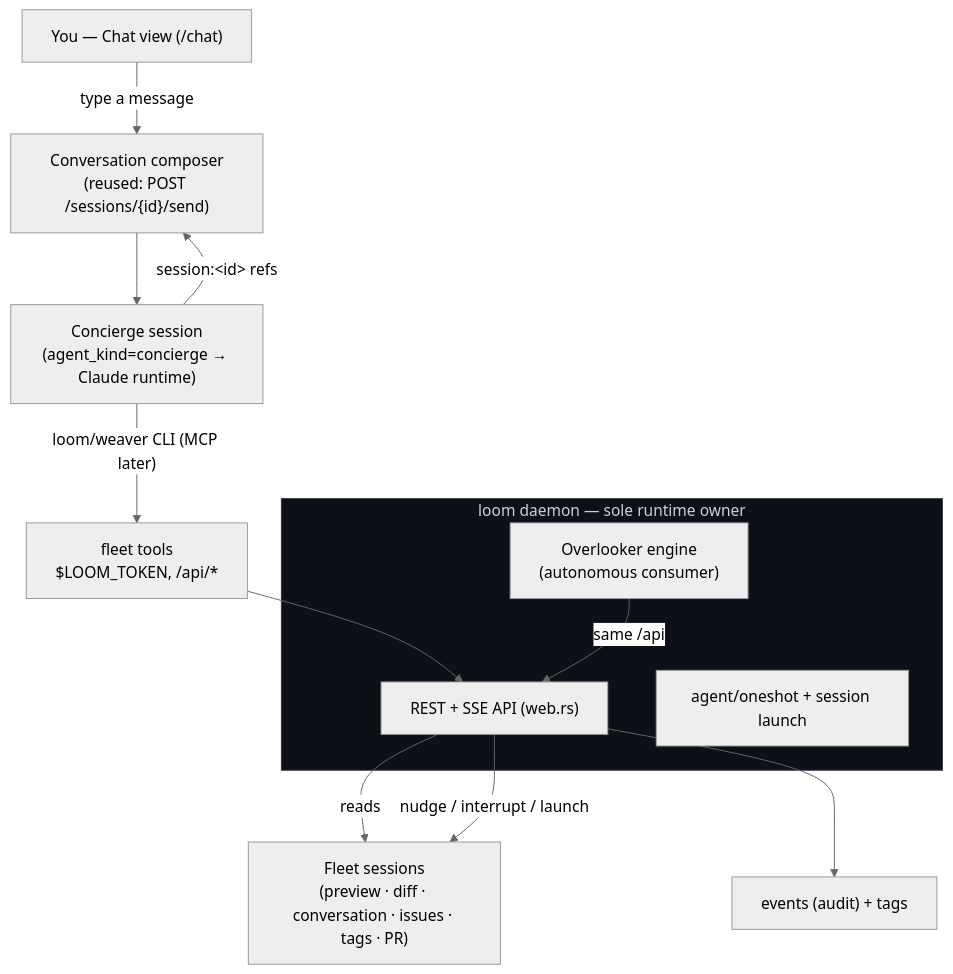
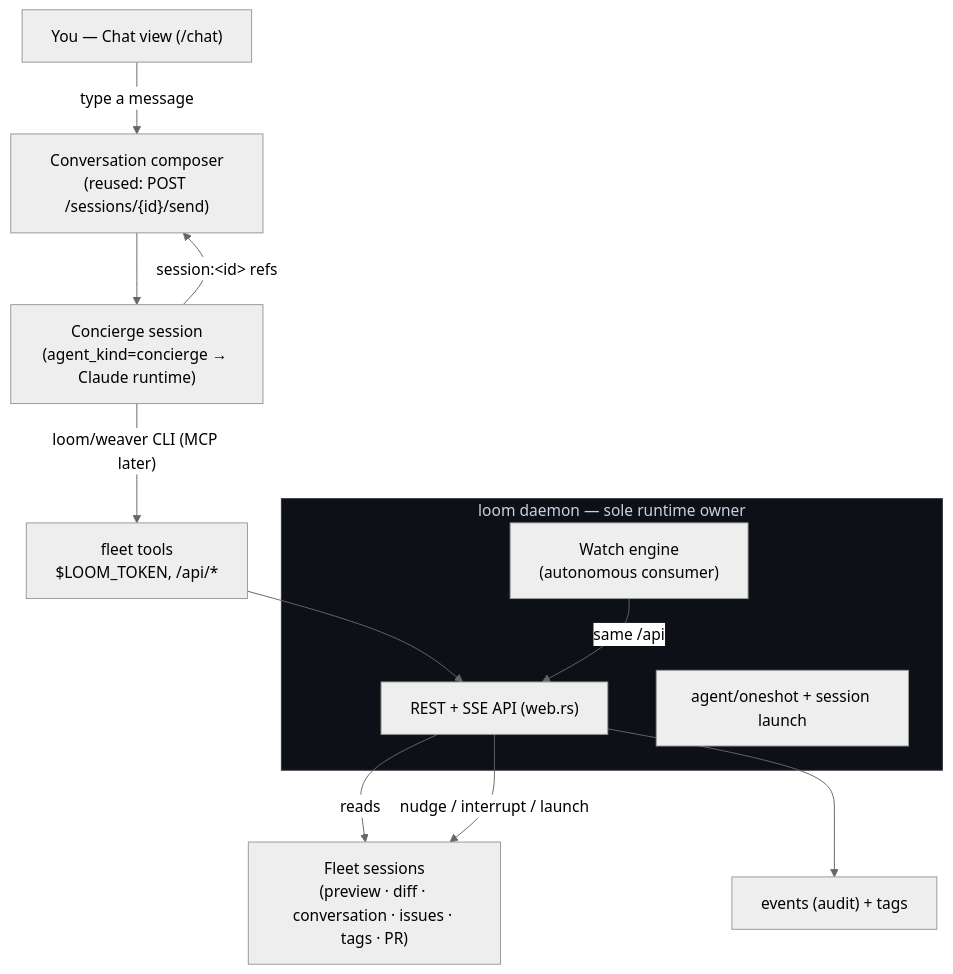
Before and after one commit to marin-community/loom: the diagram in docs/plans/meta-chat.md, drawn with Mermaid (neutral theme). The commit also changed other lines of this file and 82 other files, not shown here.

````diff
--- a/docs/plans/meta-chat.md
+++ b/docs/plans/meta-chat.md
@@ -133,23 +133,23 @@
 ```mermaid
 flowchart TD
     user["You — Chat view (/chat)"] -->|type a message| convo
     convo["Conversation composer<br/>(reused: POST /sessions/{id}/send)"] --> concierge
 
     subgraph daemon["loom daemon — sole runtime owner"]
       rest["REST + SSE API (web.rs)"]
-      engine["Overlooker engine<br/>(autonomous consumer)"]
+      engine["Watch engine<br/>(autonomous consumer)"]
       oneshot["agent/oneshot + session launch"]
     end
 
     concierge["Concierge session<br/>(agent_kind=concierge → Claude runtime)"]
     concierge -->|"loom/weaver CLI (MCP later)"| mcp["fleet tools<br/>$LOOM_TOKEN, /api/*"]
     mcp --> rest
     engine -->|same /api| rest
 
     rest -->|reads| fleet["Fleet sessions<br/>(preview · diff · conversation · issues · tags · PR)"]
     rest -->|nudge / interrupt / launch| fleet
     concierge -->|session:&lt;id&gt; refs| convo
     rest --> actions["events (audit) + tags"]
 
     style daemon fill:#0d1117,stroke:#30363d,color:#c9d1d9
 ```
````
